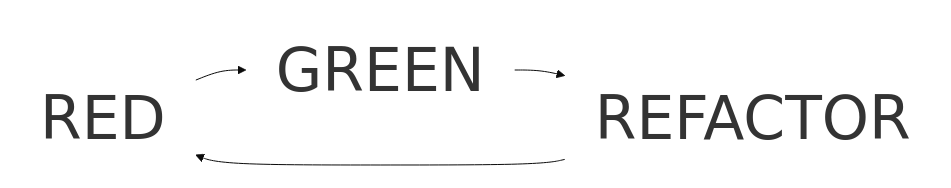
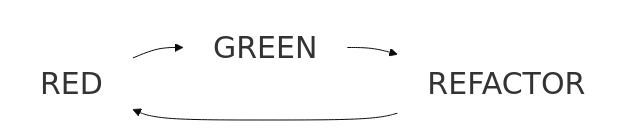
Before and after one commit to segin-GH/TDD-4-Embedded: the diagram in README.md, drawn with Mermaid.

````diff
--- a/README.md
+++ b/README.md
@@ -11,7 +11,7 @@
 ```mermaid
 
-%%{init: {'theme': 'base', 'themeVariables': { 'primaryColor': '#0000', 'edgeLabelBackground':'#ffffee','fontSize':'  60px', 'tertiaryColor': '#fff0f0'}}}%%
+%%{init: {'theme': 'base', 'themeVariables': { 'primaryColor': '#0000', 'edgeLabelBackground':'#ffffee','fontSize':'  30px', 'tertiaryColor': '#fff0f0'}}}%%
 
 graph LR;
 RED-->GREEN-->REFACTOR-->RED
 ```
````
